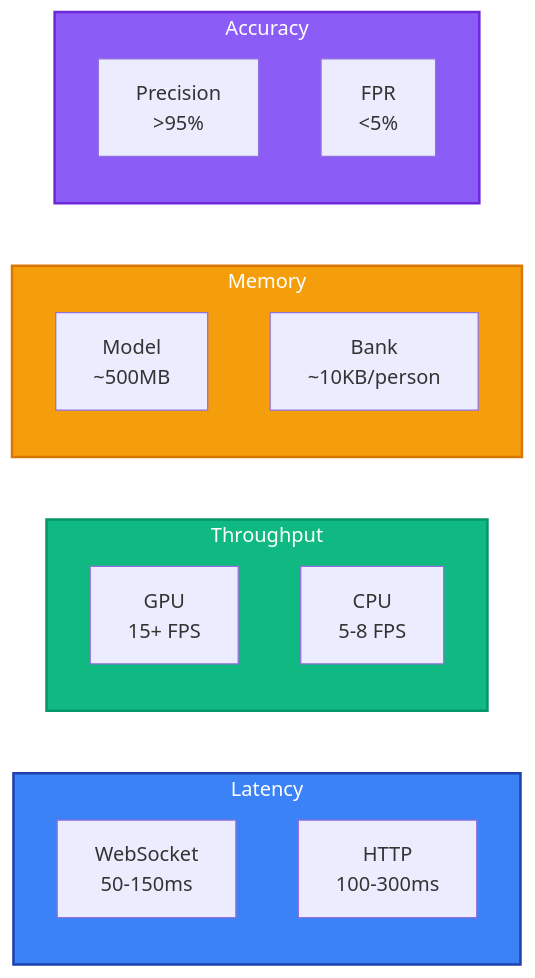
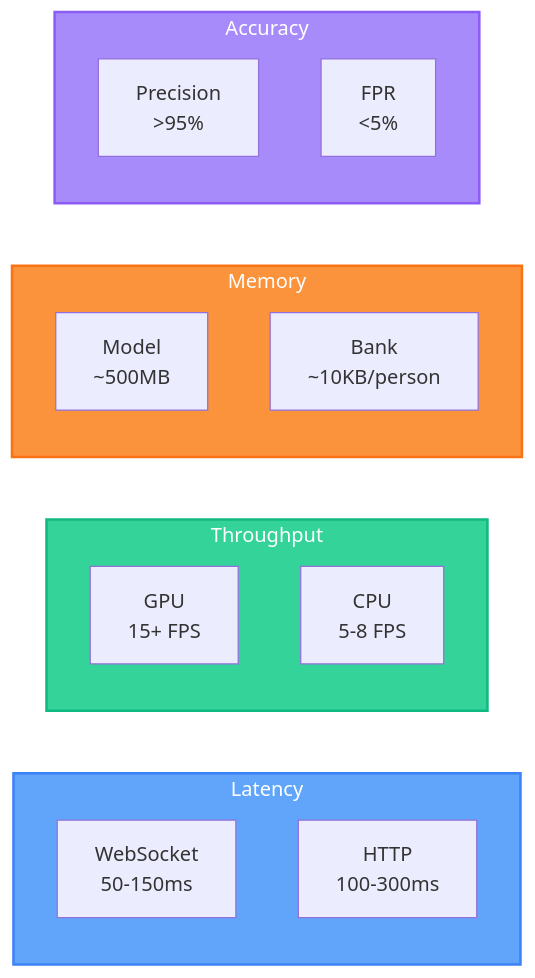
Diagram 11 of 11 in PROJECT_PLAN.md (jongwoo108/EyeSis), drawn with Mermaid before and after one commit. The commit also changed other lines of this file, not shown here.

````diff
--- a/PROJECT_PLAN.md
+++ b/PROJECT_PLAN.md
@@ -429,27 +426,27 @@
 ```mermaid
 graph LR
     subgraph Latency["Latency"]
         WS["WebSocket<br/>50-150ms"]
         HTTP["HTTP<br/>100-300ms"]
     end
     
     subgraph Throughput["Throughput"]
         GPU["GPU<br/>15+ FPS"]
         CPU["CPU<br/>5-8 FPS"]
     end
     
     subgraph Memory["Memory"]
         Model["Model<br/>~500MB"]
         Bank["Bank<br/>~10KB/person"]
     end
     
     subgraph Accuracy["Accuracy"]
         Precision["Precision<br/>>95%"]
         FPR["FPR<br/><5%"]
     end
     
-    style Latency fill:#3B82F6,stroke:#1E40AF,stroke-width:2px,color:#fff
-    style Throughput fill:#10B981,stroke:#059669,stroke-width:2px,color:#fff
-    style Memory fill:#F59E0B,stroke:#D97706,stroke-width:2px,color:#fff
-    style Accuracy fill:#8B5CF6,stroke:#6D28D9,stroke-width:2px,color:#fff
+    style Latency fill:#60A5FA,stroke:#3B82F6,stroke-width:2px,color:#fff
+    style Throughput fill:#34D399,stroke:#10B981,stroke-width:2px,color:#fff
+    style Memory fill:#FB923C,stroke:#F97316,stroke-width:2px,color:#fff
+    style Accuracy fill:#A78BFA,stroke:#8B5CF6,stroke-width:2px,color:#fff
 ```
````
